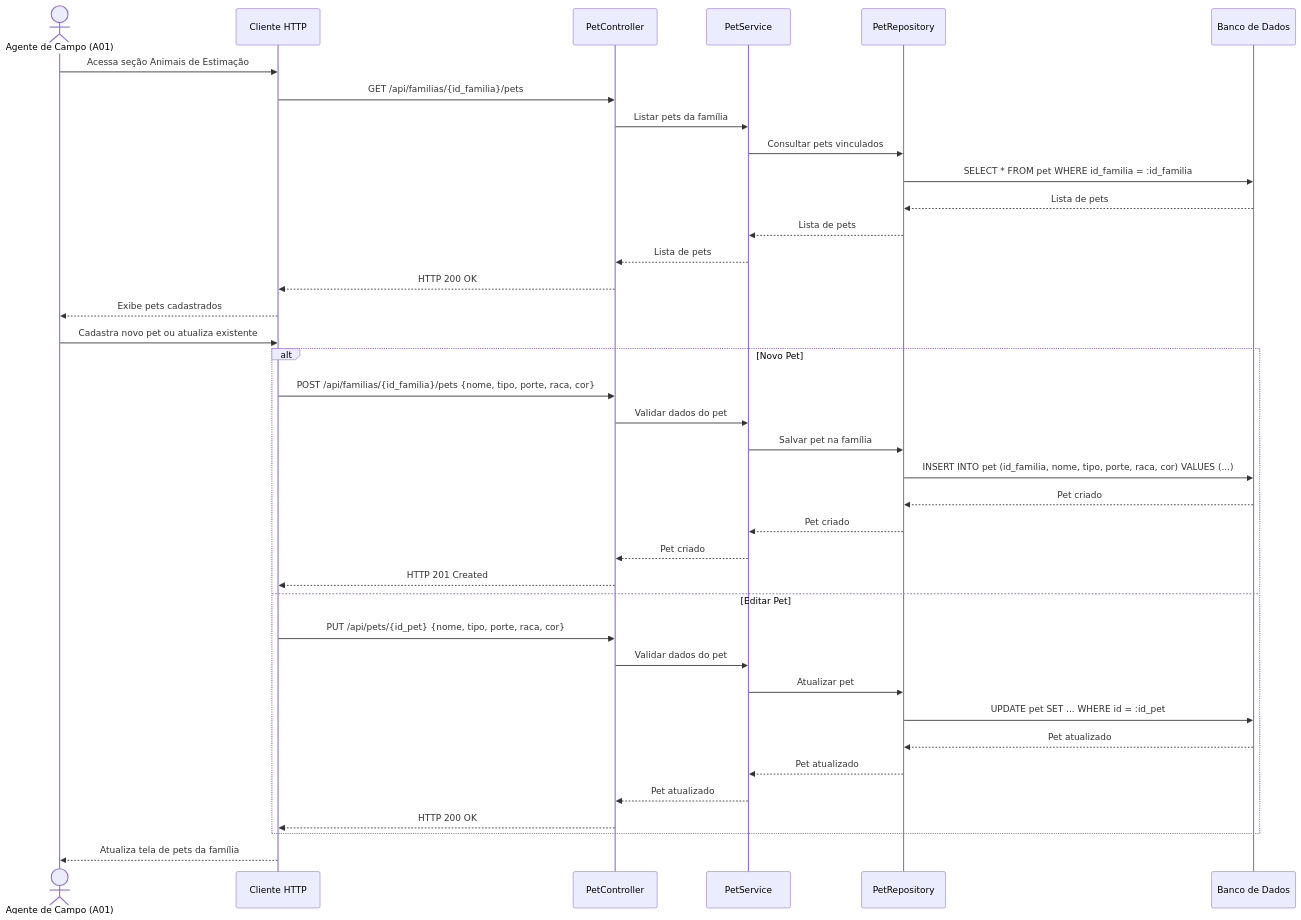
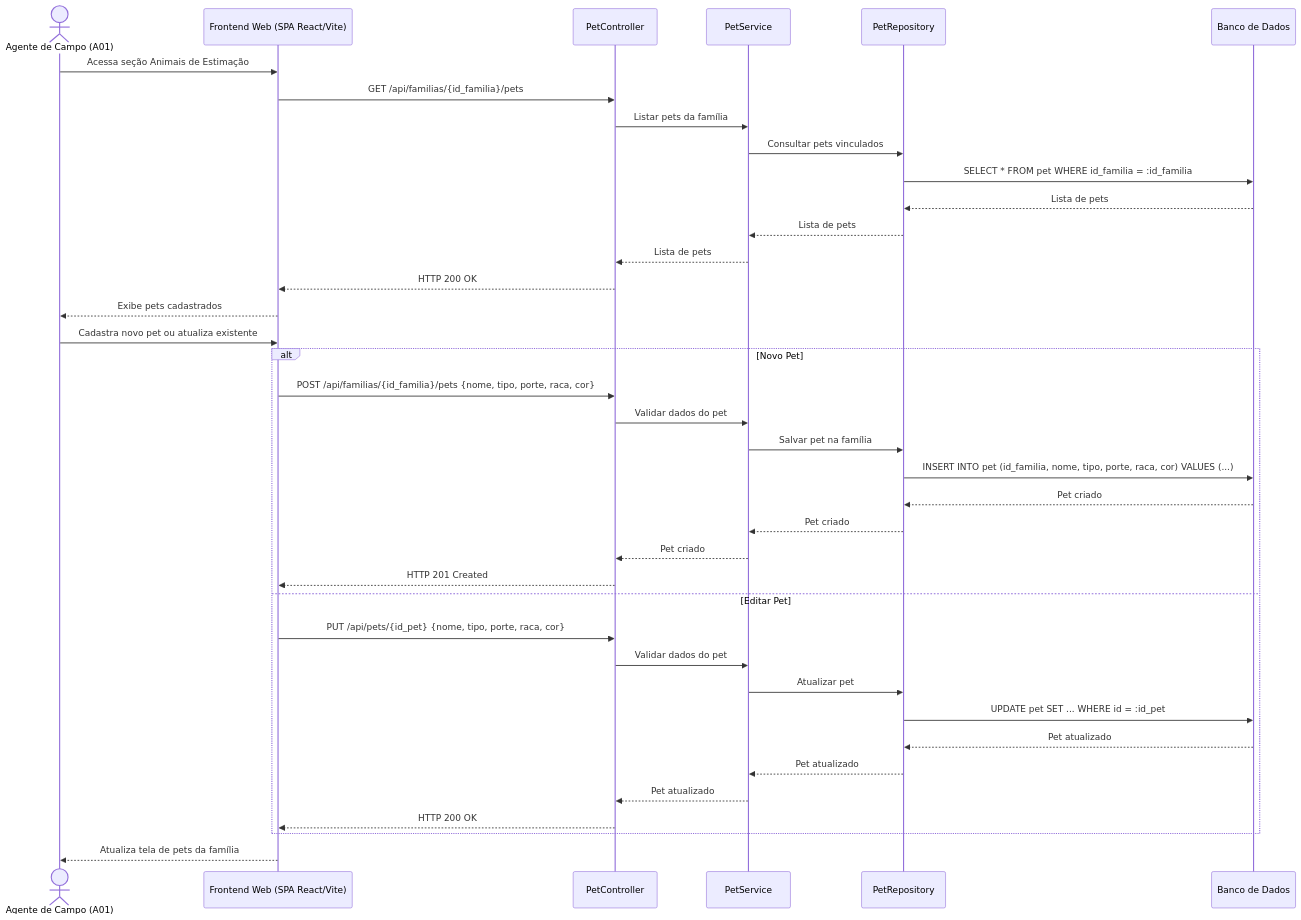
One commit to davitricarico-wq/g03 changed the eighth of 17 diagrams in documentos/wad.md. Above: the diagram before and after it, drawn with Mermaid. The commit also changed other lines of this file and 1 other file, not shown here.

````diff
--- a/documentos/wad.md
+++ b/documentos/wad.md
@@ -1065,42 +1116,42 @@
 ```mermaid
 sequenceDiagram
     actor Agente as Agente de Campo (A01)
-    participant Frontend as Cliente HTTP
+    participant Frontend as Frontend Web (SPA React/Vite)
     participant Controller as PetController
     participant Service as PetService
     participant Repository as PetRepository
     participant DB as Banco de Dados
 
     Agente->>Frontend: Acessa seção Animais de Estimação
     Frontend->>Controller: GET /api/familias/{id_familia}/pets
     Controller->>Service: Listar pets da família
     Service->>Repository: Consultar pets vinculados
     Repository->>DB: SELECT * FROM pet WHERE id_familia = :id_familia
     DB-->>Repository: Lista de pets
     Repository-->>Service: Lista de pets
     Service-->>Controller: Lista de pets
     Controller-->>Frontend: HTTP 200 OK
     Frontend-->>Agente: Exibe pets cadastrados
 
     Agente->>Frontend: Cadastra novo pet ou atualiza existente
     alt Novo Pet
         Frontend->>Controller: POST /api/familias/{id_familia}/pets {nome, tipo, porte, raca, cor}
         Controller->>Service: Validar dados do pet
         Service->>Repository: Salvar pet na família
         Repository->>DB: INSERT INTO pet (id_familia, nome, tipo, porte, raca, cor) VALUES (...)
         DB-->>Repository: Pet criado
         Repository-->>Service: Pet criado
         Service-->>Controller: Pet criado
         Controller-->>Frontend: HTTP 201 Created
     else Editar Pet
         Frontend->>Controller: PUT /api/pets/{id_pet} {nome, tipo, porte, raca, cor}
         Controller->>Service: Validar dados do pet
         Service->>Repository: Atualizar pet
         Repository->>DB: UPDATE pet SET ... WHERE id = :id_pet
         DB-->>Repository: Pet atualizado
         Repository-->>Service: Pet atualizado
         Service-->>Controller: Pet atualizado
         Controller-->>Frontend: HTTP 200 OK
     end
     Frontend-->>Agente: Atualiza tela de pets da família
 ```
````
